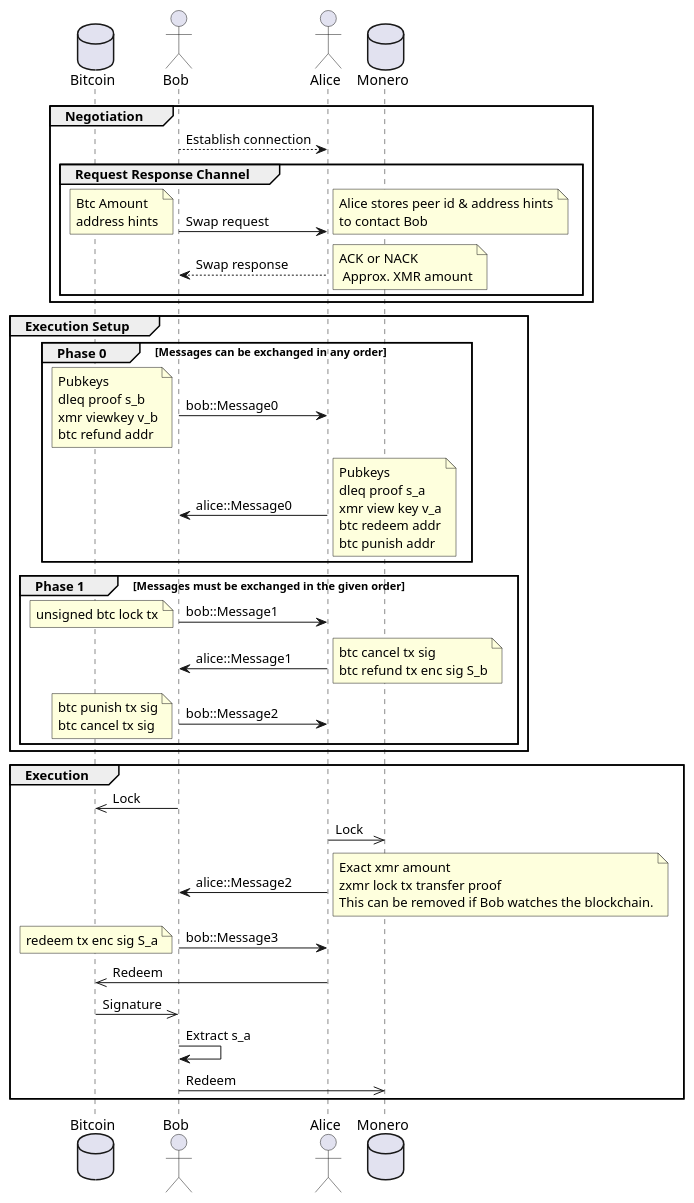
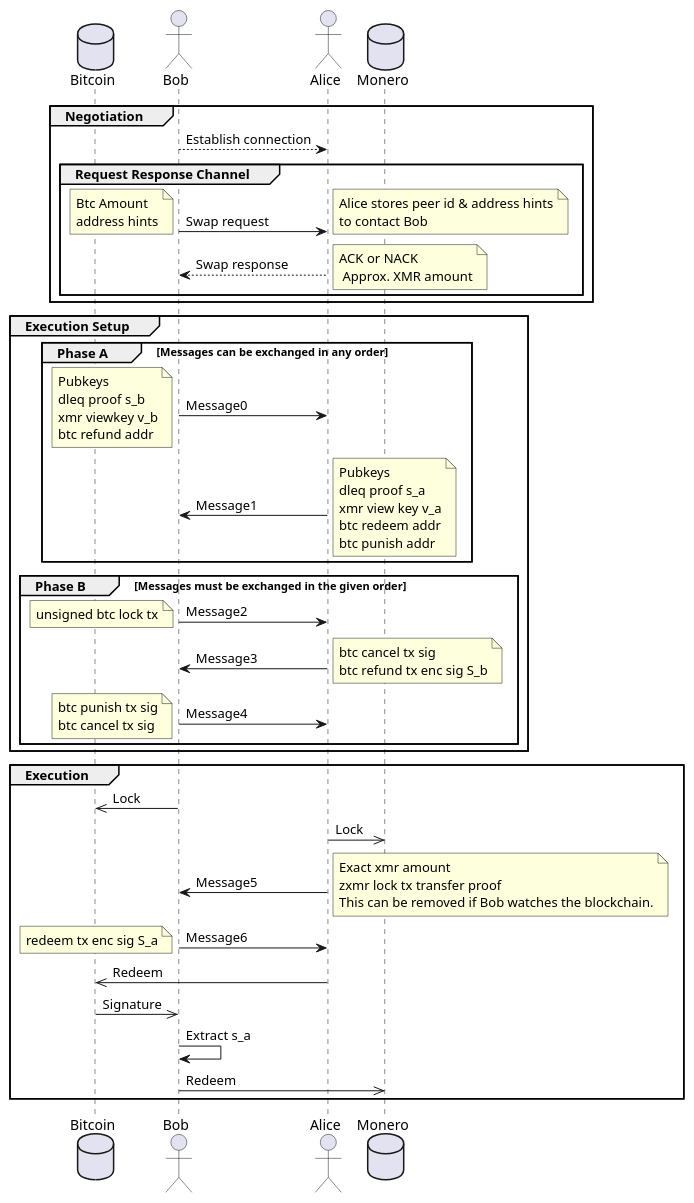
One commit to comit-network/xmr-btc-swap changed the diagram in docs/sequence.puml. Above: the diagram before and after it, drawn with PlantUML.

Commit message:
Use global counter to name messages

```diff
--- a/docs/sequence.puml
+++ b/docs/sequence.puml
@@ -1,64 +1,64 @@
 @startuml
 database Bitcoin
 actor Bob
 Actor Alice
 database Monero
 
 group Negotiation
 
     Bob --> Alice: Establish connection
 
     group Request Response Channel
         Bob -> Alice: Swap request
         note left: Btc Amount\naddress hints
         note right: Alice stores peer id & address hints\nto contact Bob
 
         Alice --> Bob: Swap response
         note right: ACK or NACK\n Approx. XMR amount
     end
 end
 
 group Execution Setup
-    group Phase 0 [Messages can be exchanged in any order]
-        Bob -> Alice: bob::Message0
+    group Phase A [Messages can be exchanged in any order]
+        Bob -> Alice: Message0
         note left: Pubkeys\ndleq proof s_b\nxmr viewkey v_b\nbtc refund addr
 
-        Alice -> Bob: alice::Message0
+        Alice -> Bob: Message1
         note right: Pubkeys\ndleq proof s_a\nxmr view key v_a\nbtc redeem addr\nbtc punish addr
     end
 
-    group Phase 1 [Messages must be exchanged in the given order]
+    group Phase B [Messages must be exchanged in the given order]
 
-        Bob -> Alice: bob::Message1
+        Bob -> Alice: Message2
         note left: unsigned btc lock tx
 
-        Alice -> Bob: alice::Message1
+        Alice -> Bob: Message3
         note right: btc cancel tx sig\nbtc refund tx enc sig S_b
 
-        Bob -> Alice: bob::Message2
+        Bob -> Alice: Message4
         note left: btc punish tx sig\nbtc cancel tx sig
 
     end
 end
 
 group Execution
     Bob ->> Bitcoin: Lock
 
     Alice ->> Monero: Lock
 
-    Alice -> Bob: alice::Message2
+    Alice -> Bob: Message5
     note right: Exact xmr amount\nzxmr lock tx transfer proof\nThis can be removed if Bob watches the blockchain.
 
-    Bob -> Alice: bob::Message3
+    Bob -> Alice: Message6
     note left: redeem tx enc sig S_a
 
     Alice ->> Bitcoin: Redeem
 
     Bitcoin ->> Bob: Signature
 
     Bob -> Bob: Extract s_a
 
     Bob ->> Monero: Redeem
 end
 
 @enduml
```
